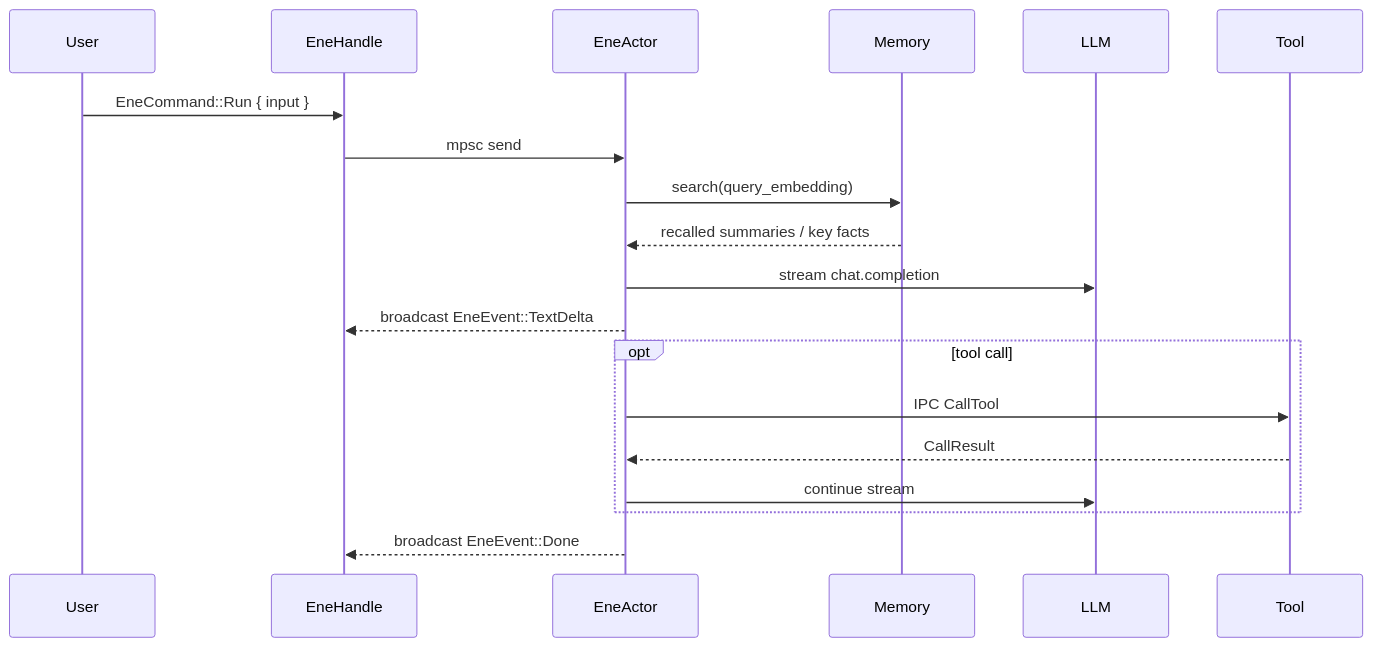
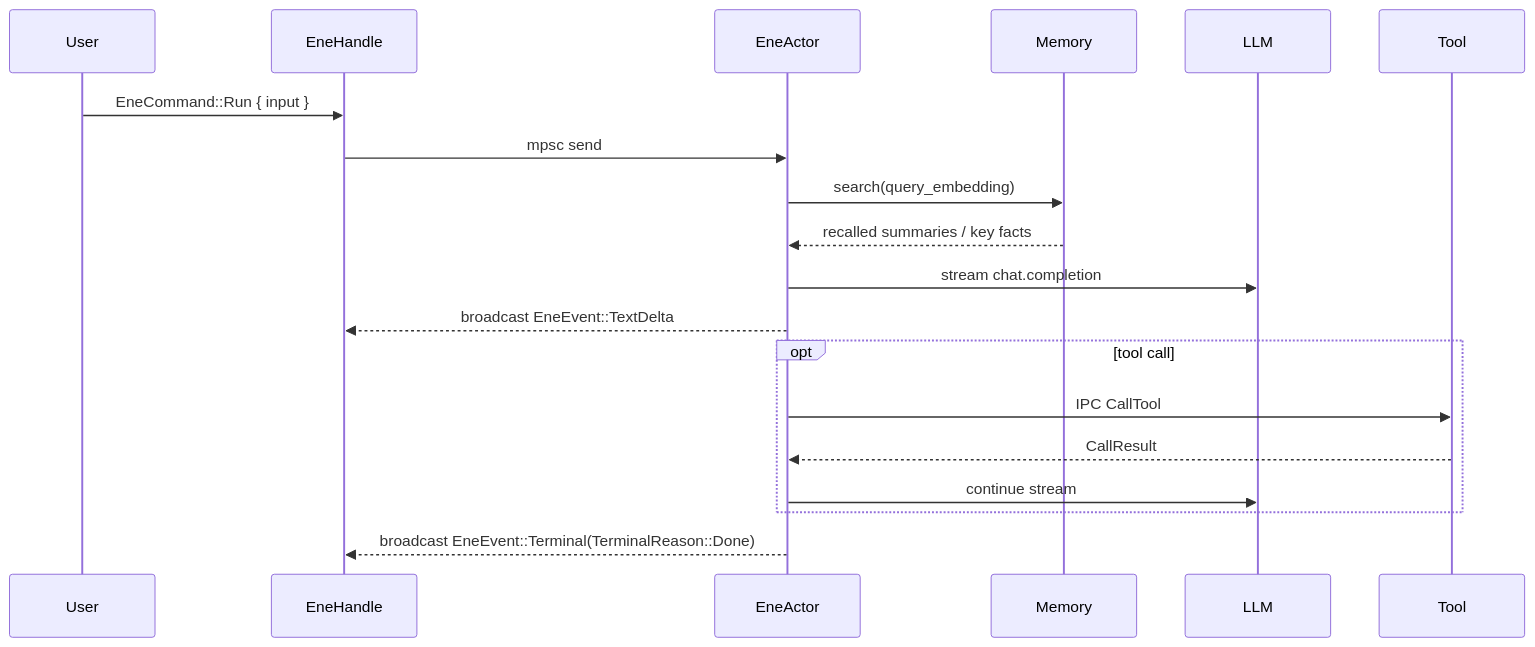
One commit to pexisgle/ene changed the second of 2 diagrams in docs/api/ene-core.md. Above: the diagram before and after it, drawn with Mermaid. The commit also changed other lines of this file and 10 other files, not shown here.

First line of the commit message:
fix(core): unify terminal events under EneEvent::Terminal(TerminalReason)

````diff
--- a/docs/api/ene-core.md
+++ b/docs/api/ene-core.md
@@ -29,22 +29,22 @@
 ```mermaid
 sequenceDiagram
     participant U as User
     participant H as EneHandle
     participant A as EneActor
     participant M as Memory
     participant L as LLM
     participant T as Tool
 
     U->>H: EneCommand::Run { input }
     H->>A: mpsc send
     A->>M: search(query_embedding)
     M-->>A: recalled summaries / key facts
     A->>L: stream chat.completion
     A-->>H: broadcast EneEvent::TextDelta
     opt tool call
         A->>T: IPC CallTool
         T-->>A: CallResult
         A->>L: continue stream
     end
-    A-->>H: broadcast EneEvent::Done
+    A-->>H: broadcast EneEvent::Terminal(TerminalReason::Done)
 ```
````
